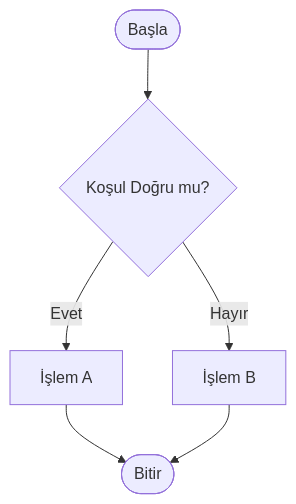
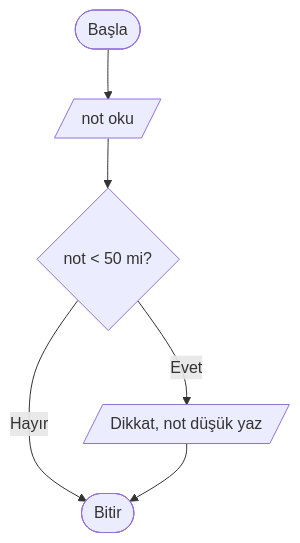
The first of 5 diagrams in Topics/04-Decision-Structures.md (abdullatifkaban/Algorithm), drawn with Mermaid before and after one commit. The commit also changed other lines of this file and 33 other files, not shown here.

````diff
--- a/Topics/04-Decision-Structures.md
+++ b/Topics/04-Decision-Structures.md
@@ -10,9 +168,8 @@
 ```mermaid
 flowchart TD
-    A([Başla]) --> B{Koşul Doğru mu?}
-    B -- Evet --> C[İşlem A]
-    B -- Hayır --> D[İşlem B]
-    C --> E([Bitir])
+    A(["Başla"]) --> B[/"not oku"/]
+    B --> C{"not < 50 mi?"}
+    C -->|"Evet"| D[/"Dikkat, not düşük yaz"/]
+    C -->|"Hayır"| E(["Bitir"])
     D --> E
-
 ```
````
